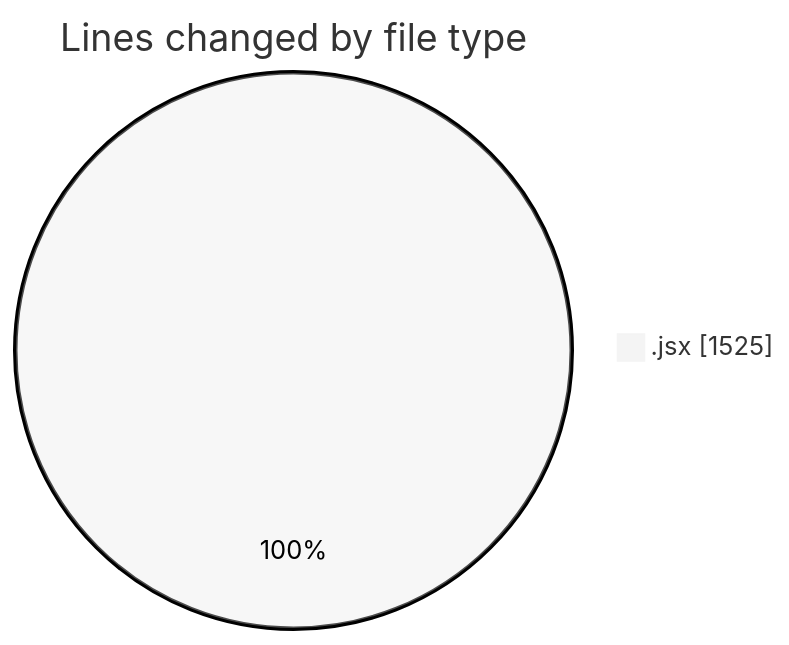
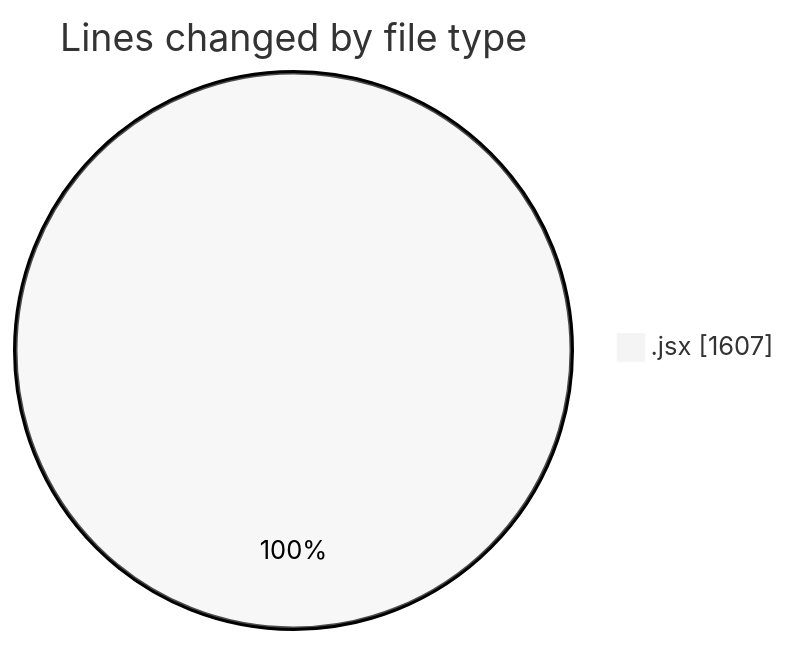
One commit to nxtqubesakshisongat/code-tracking changed the first of 2 diagrams in 2025-05-07/nxtqube_webapp/README.md. Above: the diagram before and after it, drawn with Mermaid (neutral theme). The commit also changed other lines of this file and 1 other file, not shown here.

````diff
--- a/2025-05-07/nxtqube_webapp/README.md
+++ b/2025-05-07/nxtqube_webapp/README.md
@@ -20,5 +20,5 @@
 ```mermaid
 pie showData
 title Lines changed by file type
-".jsx" : 1525
+".jsx" : 1607
 ```
````
